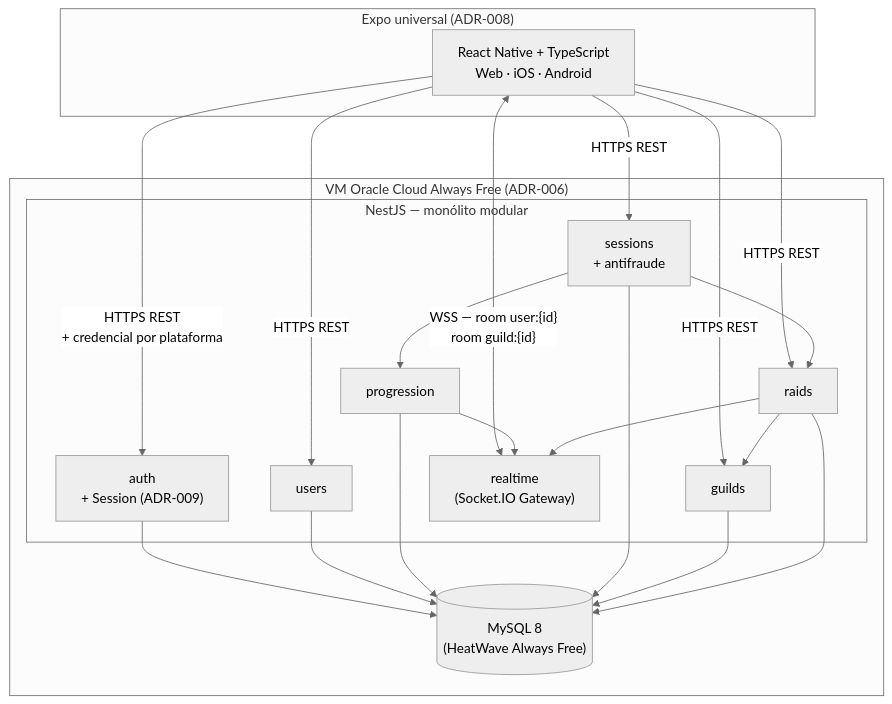
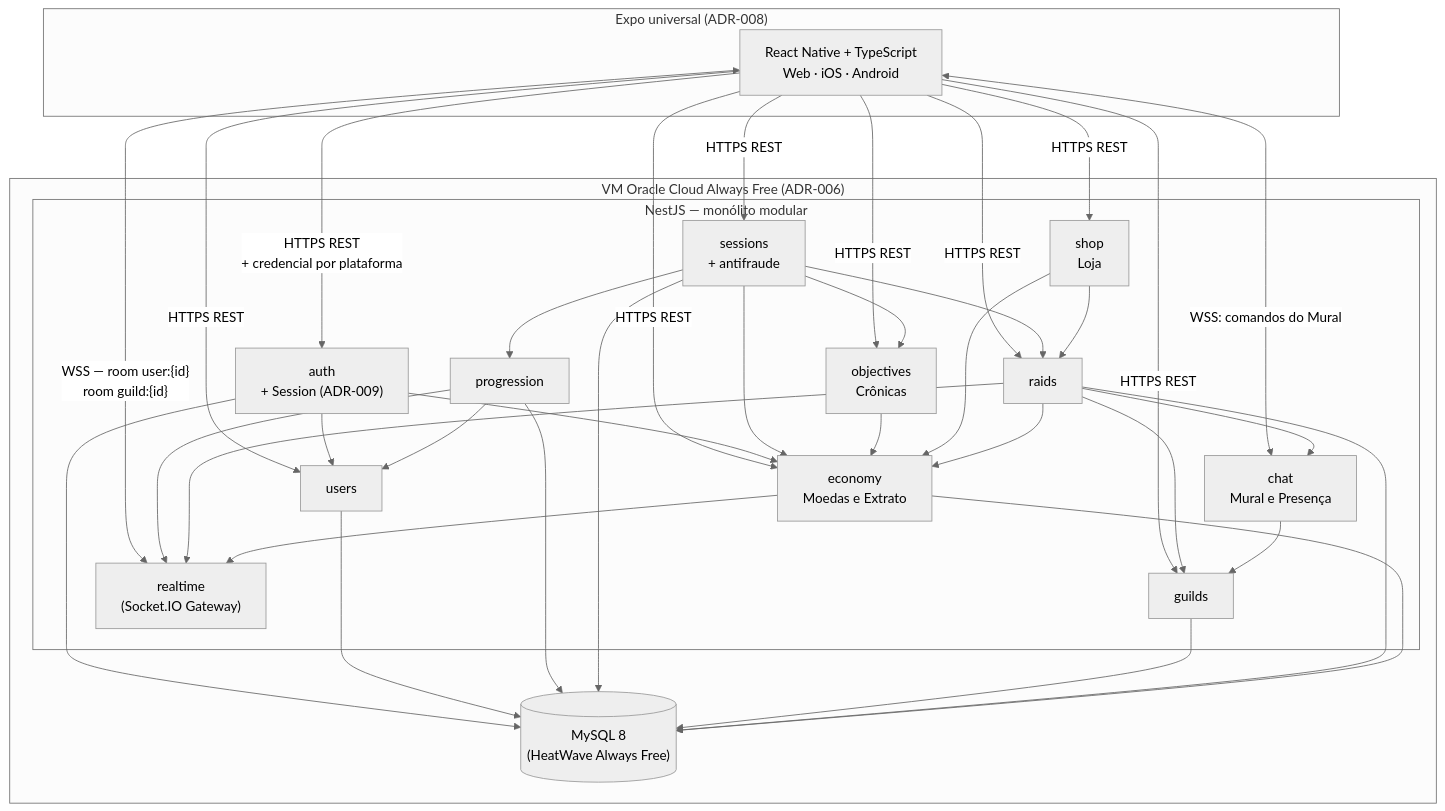
Before and after one commit to MatheusSales2773/wise-warrior: the diagram in docs/PRD.md, drawn with Mermaid (neutral theme). The commit also changed other lines of this file and 6 other files, not shown here.

````diff
--- a/docs/PRD.md
+++ b/docs/PRD.md
@@ -369,39 +404,60 @@
 ```mermaid
 graph TD
     subgraph Client["Expo universal (ADR-008)"]
         SPA["React Native + TypeScript<br/>Web · iOS · Android"]
     end
 
     subgraph VM["VM Oracle Cloud Always Free (ADR-006)"]
         subgraph Nest["NestJS — monólito modular"]
             Auth["auth<br/>+ Session (ADR-009)"]
             Users["users"]
             Prog["progression"]
             Sess["sessions<br/>+ antifraude"]
             Guilds["guilds"]
             Raids["raids"]
+            Chat["chat<br/>Mural e Presença"]
+            Economy["economy<br/>Moedas e Extrato"]
+            Shop["shop<br/>Loja"]
+            Objectives["objectives<br/>Crônicas"]
             RT["realtime<br/>(Socket.IO Gateway)"]
         end
         MySQL[("MySQL 8<br/>(HeatWave Always Free)")]
     end
 
     SPA -->|"HTTPS REST<br/>+ credencial por plataforma"| Auth
     SPA -->|"HTTPS REST"| Users
     SPA -->|"HTTPS REST"| Sess
     SPA -->|"HTTPS REST"| Guilds
     SPA -->|"HTTPS REST"| Raids
+    SPA -->|"HTTPS REST"| Economy
+    SPA -->|"HTTPS REST"| Shop
+    SPA -->|"HTTPS REST"| Objectives
     SPA <-->|"WSS — room user:{id}<br/>room guild:{id}"| RT
+    SPA <-->|"WSS: comandos do Mural"| Chat
 
+    Auth --> Users
+    Auth --> Economy
     Sess --> Prog
+    Sess --> Economy
     Sess --> Raids
+    Sess --> Objectives
+    Objectives --> Economy
+    Prog --> Users
+    Shop --> Economy
+    Shop --> Raids
     Raids --> Guilds
+    Raids --> Economy
+    Raids --> Chat
+    Chat --> Guilds
     Prog --> RT
     Raids --> RT
+    Economy --> RT
 
     Auth --> MySQL
     Users --> MySQL
     Prog --> MySQL
     Sess --> MySQL
     Guilds --> MySQL
     Raids --> MySQL
+    Economy --> MySQL
 ```
````
